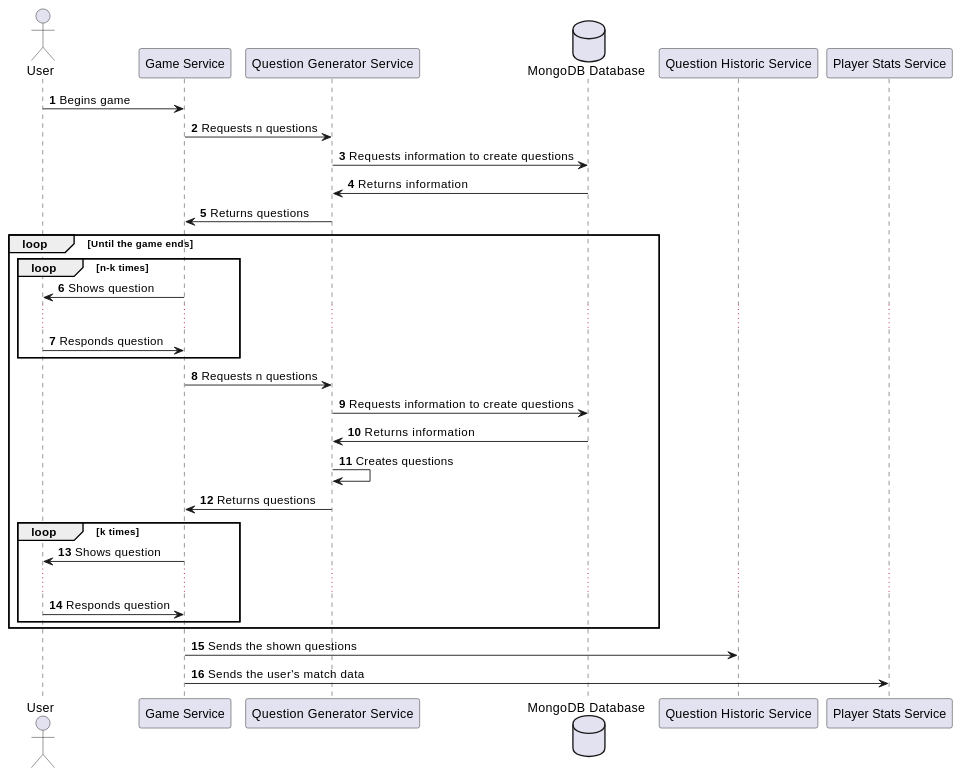
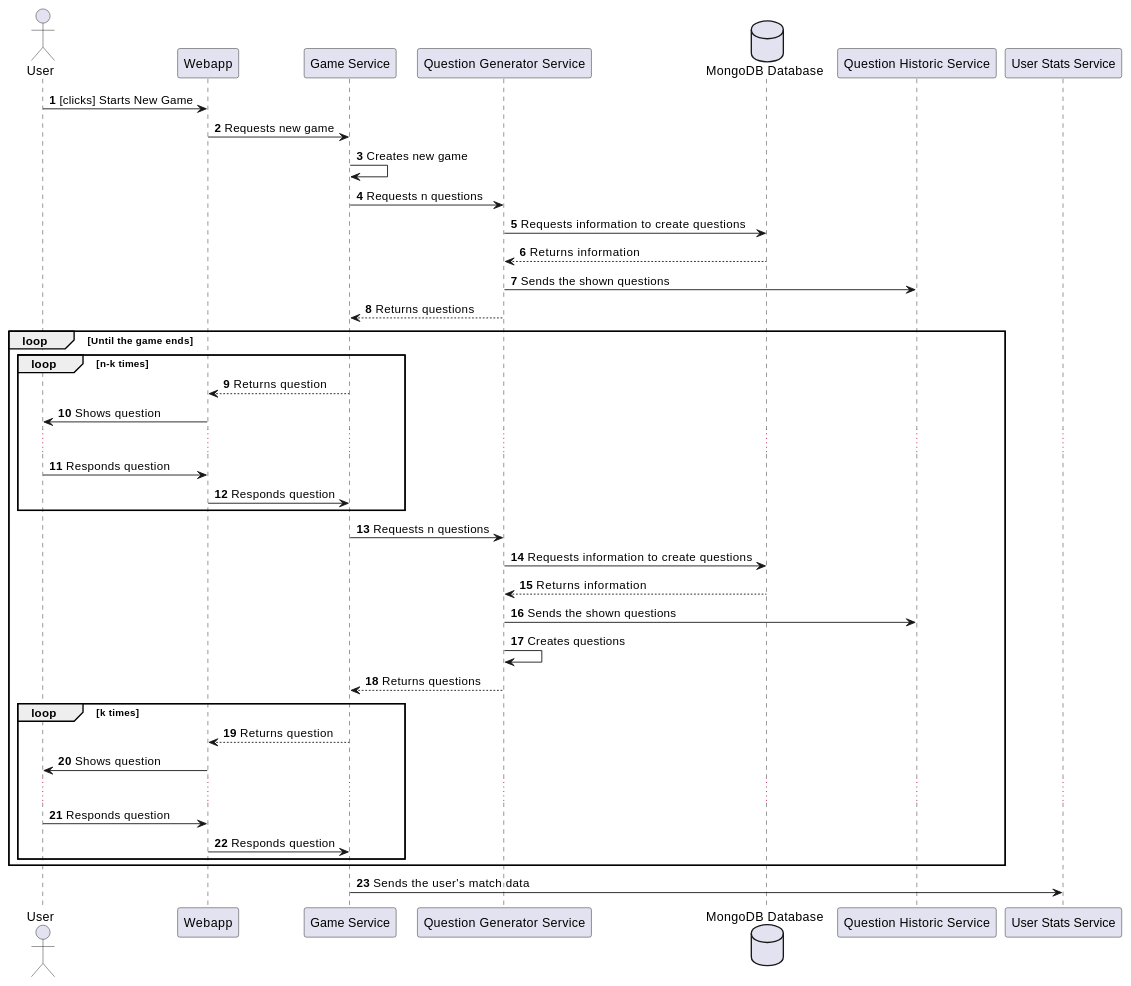
Before and after one commit to Arquisoft/wiq_es6c: the second of 4 diagrams in docs/src/06_runtime_view.adoc, drawn with PlantUML. The commit also changed other lines of this file, not shown here.

Commit message:
Fixed graphs

```diff
--- a/docs/src/06_runtime_view.adoc
+++ b/docs/src/06_runtime_view.adoc
@@ -38,40 +43,51 @@
 [plantuml,"Question generation 2",png]
 ----
 autonumber
 
 actor "User" as user
 
-user -> "Game Service": Begins game
+user -> "Webapp": [clicks] Starts New Game
+
+"Webapp" -> "Game Service": Requests new game
+"Game Service" -> "Game Service" : Creates new game
 "Game Service" -> "Question Generator Service" : Requests n questions
 
 database "MongoDB Database" as db
 
 "Question Generator Service" -> db : Requests information to create questions
-db -> "Question Generator Service" : Returns information
-"Question Generator Service" -> "Game Service" : Returns questions
+db --> "Question Generator Service" : Returns information
+
+"Question Generator Service" -> "Question Historic Service" : Sends the shown questions
+
+"Question Generator Service" --> "Game Service" : Returns questions
 
 
 
 loop Until the game ends
     loop n-k times
-        "Game Service" -> user : Shows question
-        ...
-        user -> "Game Service" : Responds question
+        "Game Service" --> "Webapp" : Returns question
+        "Webapp" -> user : Shows question
+        …
+        user -> "Webapp" : Responds question
+        "Webapp" -> "Game Service" : Responds question
     end
 
     "Game Service" -> "Question Generator Service" : Requests n questions
     "Question Generator Service" -> db : Requests information to create questions
-    db -> "Question Generator Service" : Returns information
+    db --> "Question Generator Service" : Returns information
+    "Question Generator Service" -> "Question Historic Service" : Sends the shown questions
     "Question Generator Service" -> "Question Generator Service" : Creates questions
-    "Question Generator Service" -> "Game Service" : Returns questions
+    "Question Generator Service" --> "Game Service" : Returns questions
 
     loop k times
-        "Game Service" -> user : Shows question
-        ...
-        user -> "Game Service" : Responds question
+        "Game Service" --> "Webapp" : Returns question
+        "Webapp" -> user : Shows question
+        …
+        user -> "Webapp" : Responds question
+        "Webapp" -> "Game Service" : Responds question
     end
 end
 
-"Game Service" -> "Question Historic Service" : Sends the shown questions
-"Game Service" -> "Player Stats Service" : Sends the  user's match data
+
+"Game Service" -> "User Stats Service" : Sends the  user's match data
 ----
```
